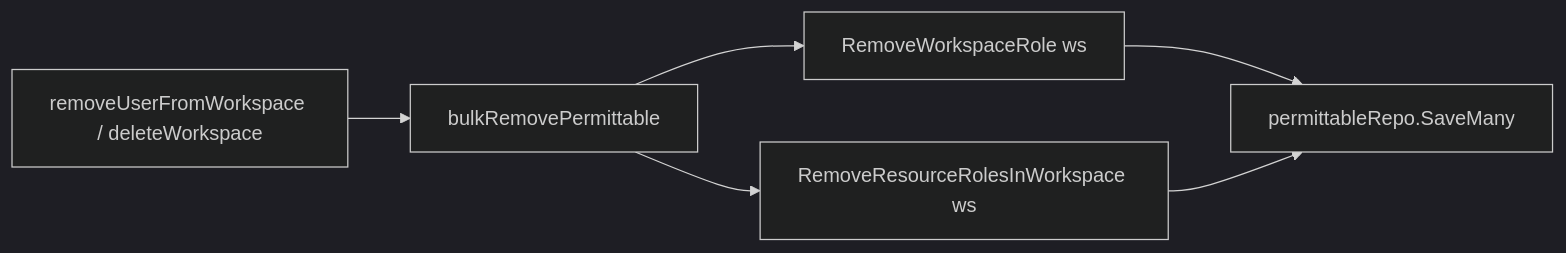
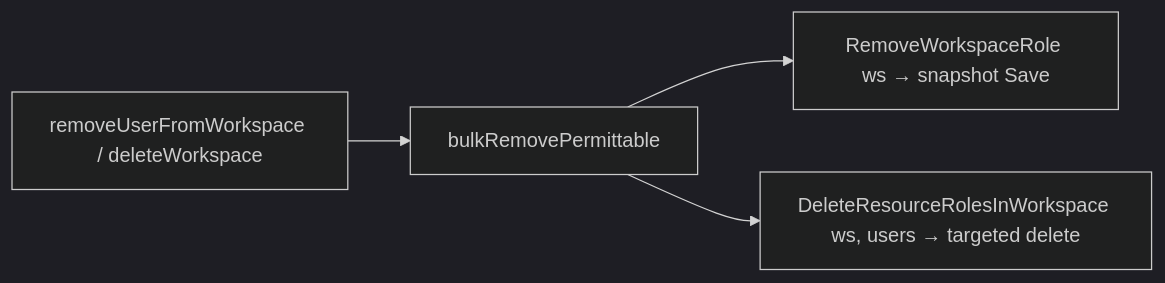
The third of 3 diagrams in server/docs/usecase/resource-role-binding.ja.md (reearth/reearth-accounts), drawn with Mermaid (dark theme) before and after one commit. The commit also changed other lines of this file and 1 other file, not shown here.

First line of the commit message:
docs(server): address Copilot review feedback on resource role binding design

````diff
--- a/server/docs/usecase/resource-role-binding.ja.md
+++ b/server/docs/usecase/resource-role-binding.ja.md
@@ -386,8 +470,6 @@
 ```mermaid
 flowchart LR
     R[removeUserFromWorkspace / deleteWorkspace] --> B[bulkRemovePermittable]
-    B --> W[RemoveWorkspaceRole ws]
-    B --> RR[RemoveResourceRolesInWorkspace ws]
-    W --> S[permittableRepo.SaveMany]
-    RR --> S
+    B --> W[RemoveWorkspaceRole ws → snapshot Save]
+    B --> RR[DeleteResourceRolesInWorkspace ws, users → targeted delete]
 ```
````
